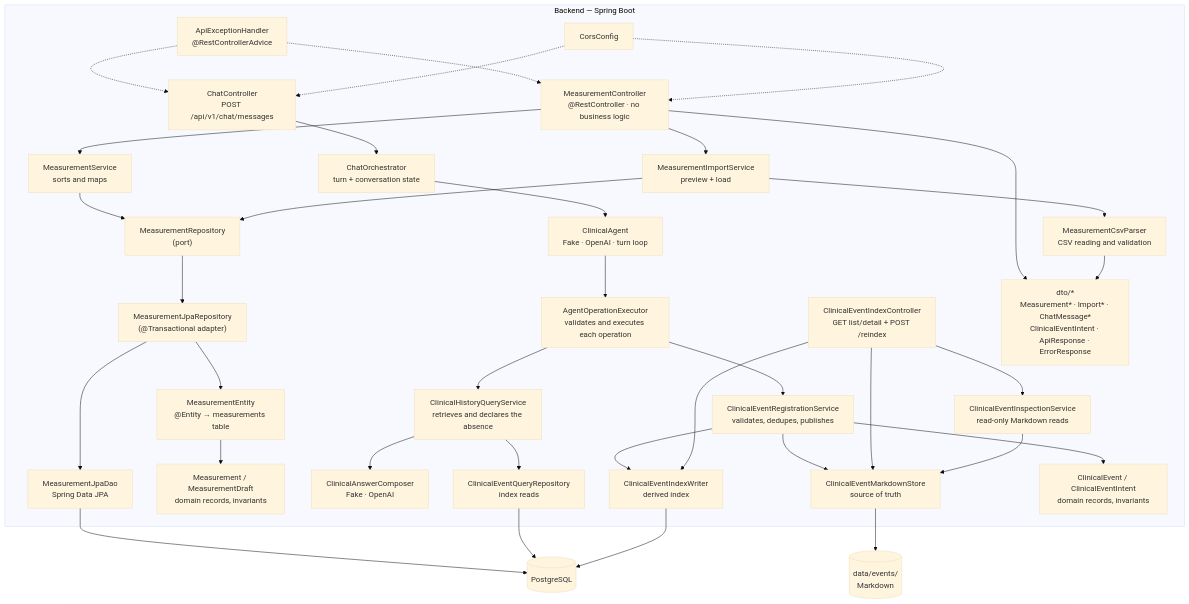
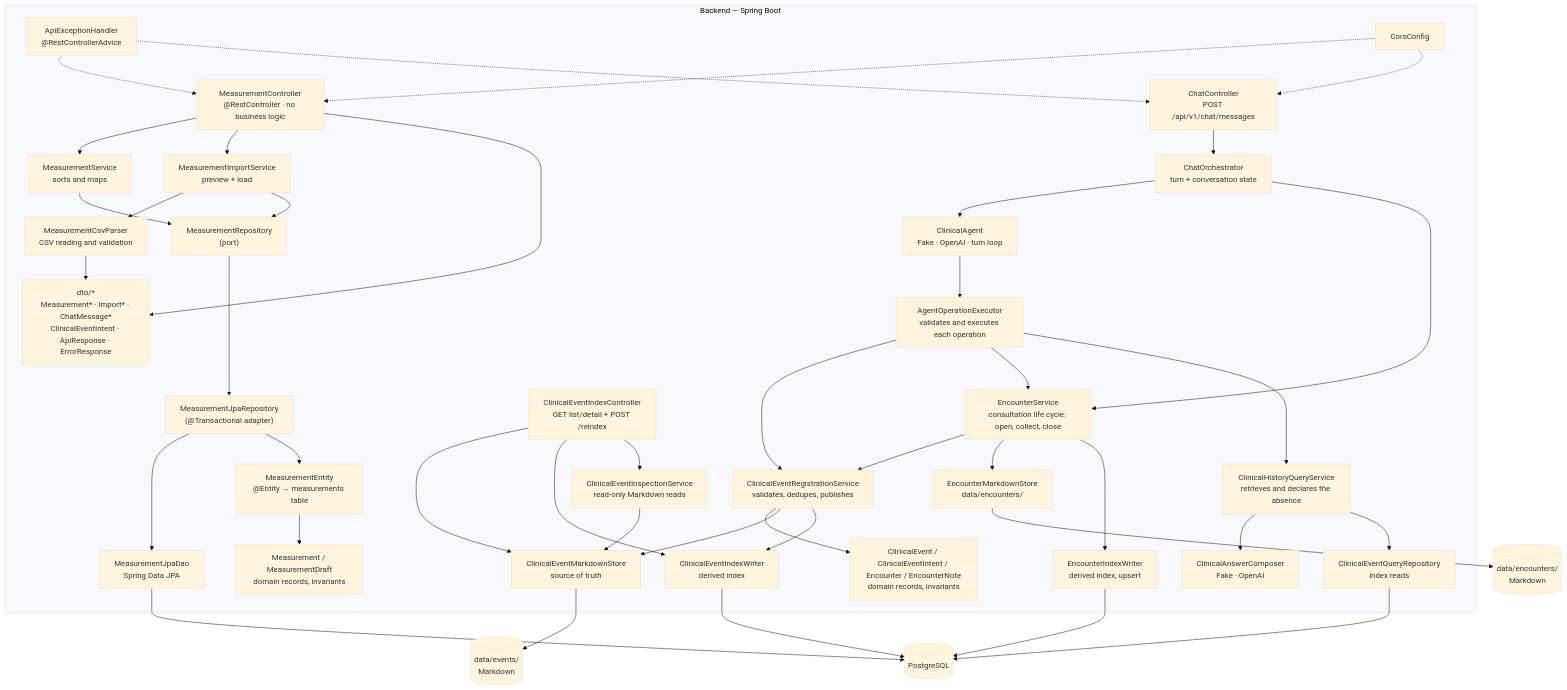
The third of 4 diagrams in docs/architecture.md (devmauriciopineda/careme), drawn with Mermaid (base theme) before and after one commit. The commit also changed other lines of this file and 104 other files, not shown here.

````diff
--- a/docs/architecture.md
+++ b/docs/architecture.md
@@ -159,65 +163,76 @@
 ```mermaid
 flowchart TB
     subgraph backend["Backend — Spring Boot"]
         ctrl["MeasurementController<br/>@RestController · no business logic"]
         svc["MeasurementService<br/>sorts and maps"]
         imp["MeasurementImportService<br/>preview + load"]
         parser["MeasurementCsvParser<br/>CSV reading and validation"]
         port["MeasurementRepository<br/>(port)"]
         adapter["MeasurementJpaRepository<br/>(@Transactional adapter)"]
         dao["MeasurementJpaDao<br/>Spring Data JPA"]
         entity["MeasurementEntity<br/>@Entity → measurements table"]
         domain["Measurement / MeasurementDraft<br/>domain records, invariants"]
         chatCtrl["ChatController<br/>POST /api/v1/chat/messages"]
         orchestrator["ChatOrchestrator<br/>turn + conversation state"]
         agent["ClinicalAgent<br/>Fake · OpenAI · turn loop"]
         executor["AgentOperationExecutor<br/>validates and executes each operation"]
         regSvc["ClinicalEventRegistrationService<br/>validates, dedupes, publishes"]
         histSvc["ClinicalHistoryQueryService<br/>retrieves and declares the absence"]
         composer["ClinicalAnswerComposer<br/>Fake · OpenAI"]
         queryRepo["ClinicalEventQueryRepository<br/>index reads"]
         mdStore["ClinicalEventMarkdownStore<br/>source of truth"]
         idxWriter["ClinicalEventIndexWriter<br/>derived index"]
         evtCtrl["ClinicalEventIndexController<br/>GET list/detail + POST /reindex"]
         inspSvc["ClinicalEventInspectionService<br/>read-only Markdown reads"]
-        evtDomain["ClinicalEvent / ClinicalEventIntent<br/>domain records, invariants"]
+        encSvc["EncounterService<br/>consultation life cycle: open, collect, close"]
+        encStore["EncounterMarkdownStore<br/>data/encounters/"]
+        encIdxWriter["EncounterIndexWriter<br/>derived index, upsert"]
+        evtDomain["ClinicalEvent / ClinicalEventIntent / Encounter / EncounterNote<br/>domain records, invariants"]
         dtos["dto/*<br/>Measurement* · Import* · ChatMessage*<br/>ClinicalEventIntent · ApiResponse · ErrorResponse"]
         exc["ApiExceptionHandler<br/>@RestControllerAdvice"]
         cors["CorsConfig"]
     end
     pg[("PostgreSQL")]
     fs[("data/events/<br/>Markdown")]
+    encFs[("data/encounters/<br/>Markdown")]
     ctrl --> svc
     ctrl --> imp
     ctrl --> dtos
     imp --> parser
     svc --> port
     imp --> port
     parser --> dtos
     port --> adapter
     adapter --> dao
     adapter --> entity
     entity --> domain
     dao --> pg
     chatCtrl --> orchestrator
     orchestrator --> agent
+    orchestrator --> encSvc
     agent --> executor
     executor --> regSvc
+    executor --> encSvc
     executor --> histSvc
+    encSvc --> regSvc
+    encSvc --> encStore
+    encSvc --> encIdxWriter
+    encStore --> encFs
+    encIdxWriter --> pg
     histSvc --> composer
     histSvc --> queryRepo
     queryRepo --> pg
     regSvc --> evtDomain
     regSvc --> mdStore
     regSvc --> idxWriter
     evtCtrl --> mdStore
     evtCtrl --> idxWriter
     evtCtrl --> inspSvc
     inspSvc --> mdStore
     mdStore --> fs
     idxWriter --> pg
     exc -.-> ctrl
     exc -.-> chatCtrl
     cors -.-> ctrl
     cors -.-> chatCtrl
 ```
````
